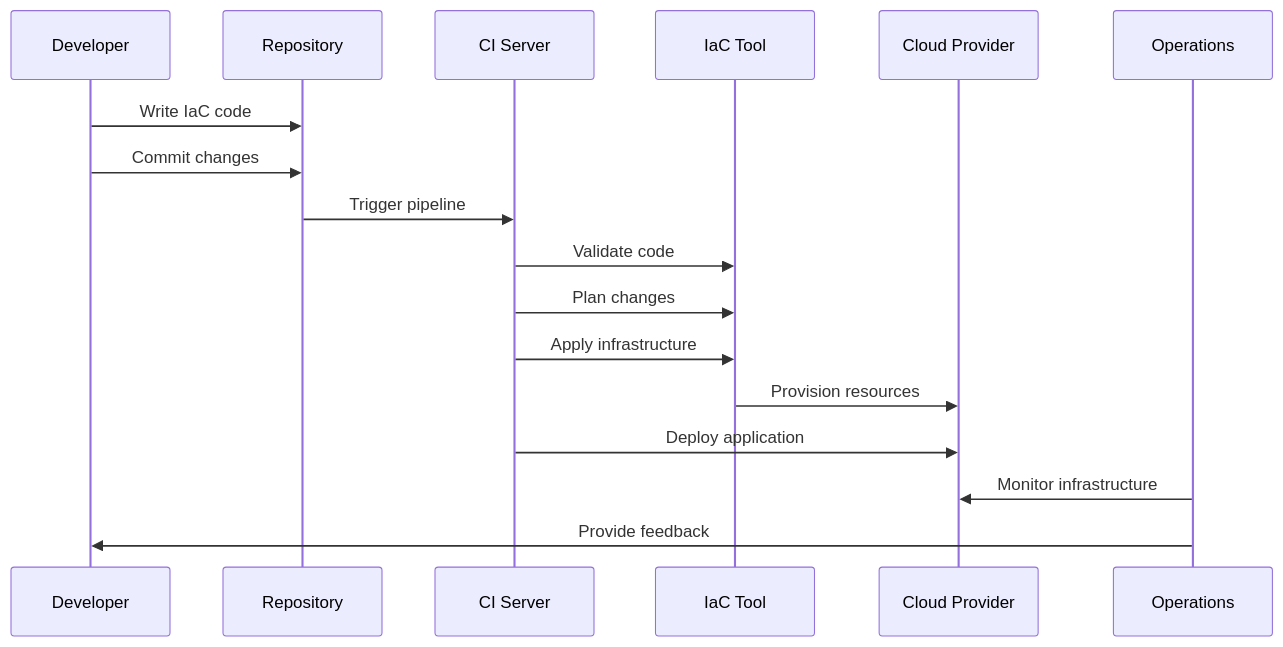
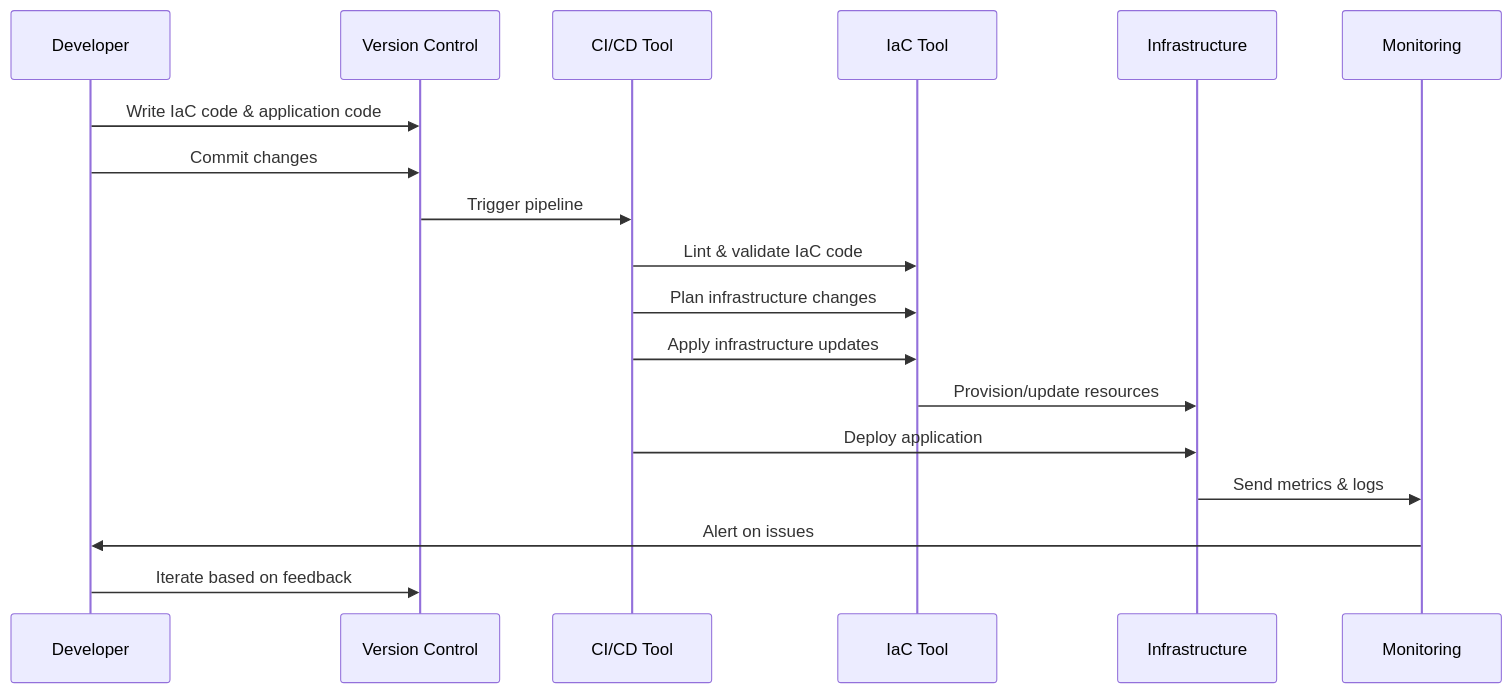
Before and after one commit to VrushankPatel/interview-matters: the second of 2 diagrams in devops-infrastructure-as-code/README.md, drawn with Mermaid. The commit also changed other lines of this file and 5 other files, not shown here.

Commit message:
kb: add/update topics monitoring-and-logging, async-logging, devops-infrastructure-as-code, proxy-forward-and-reverse, load-balancing-and-strategies

````diff
--- a/devops-infrastructure-as-code/README.md
+++ b/devops-infrastructure-as-code/README.md
@@ -52,20 +68,21 @@
 ```mermaid
 sequenceDiagram
     participant Dev as Developer
-    participant Repo as Repository
-    participant CI as CI Server
+    participant VCS as Version Control
+    participant CI as CI/CD Tool
     participant IaC as IaC Tool
-    participant Cloud as Cloud Provider
-    participant Ops as Operations
+    participant Infra as Infrastructure
+    participant Monitor as Monitoring
 
-    Dev->>Repo: Write IaC code
-    Dev->>Repo: Commit changes
-    Repo->>CI: Trigger pipeline
-    CI->>IaC: Validate code
-    CI->>IaC: Plan changes
-    CI->>IaC: Apply infrastructure
-    IaC->>Cloud: Provision resources
-    CI->>Cloud: Deploy application
-    Ops->>Cloud: Monitor infrastructure
-    Ops->>Dev: Provide feedback
+    Dev->>VCS: Write IaC code & application code
+    Dev->>VCS: Commit changes
+    VCS->>CI: Trigger pipeline
+    CI->>IaC: Lint & validate IaC code
+    CI->>IaC: Plan infrastructure changes
+    CI->>IaC: Apply infrastructure updates
+    IaC->>Infra: Provision/update resources
+    CI->>Infra: Deploy application
+    Infra->>Monitor: Send metrics & logs
+    Monitor->>Dev: Alert on issues
+    Dev->>VCS: Iterate based on feedback
 ```
````
